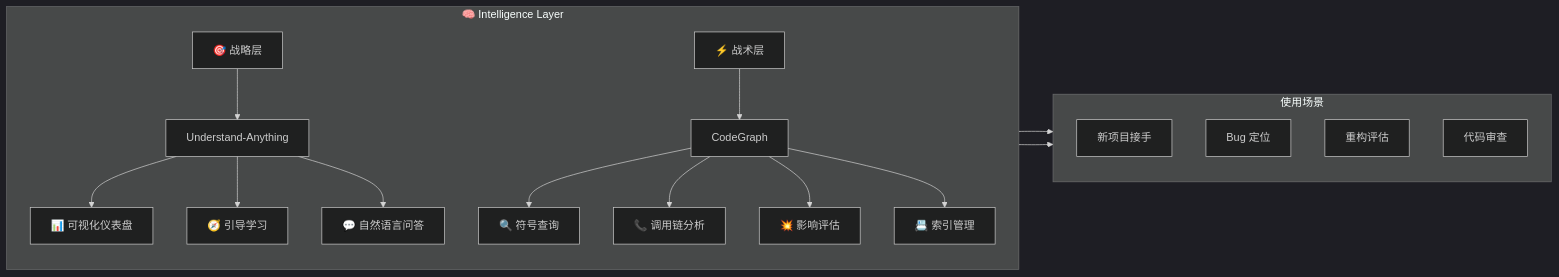
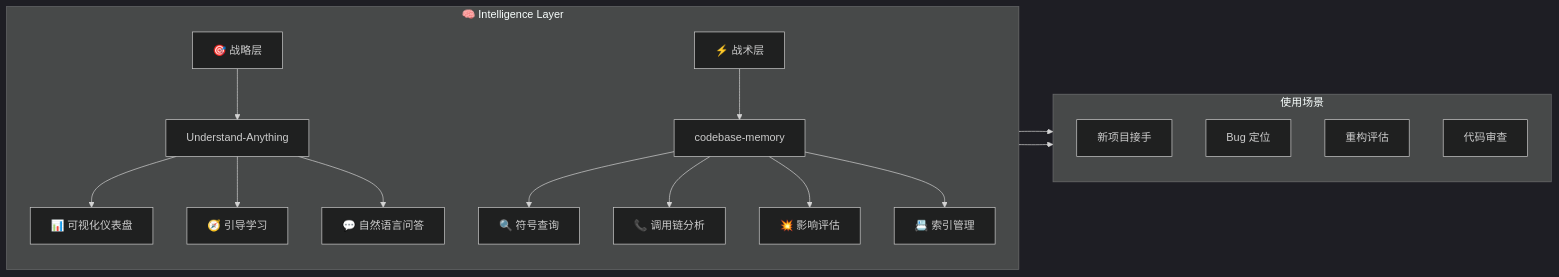
The tenth of 10 diagrams in docs/harness-foundry-knowledge-graph.md (zhoupei6251/harness-foundry), drawn with Mermaid (dark theme) before and after one commit. The commit also changed other lines of this file and 15 other files, not shown here.

First line of the commit message:
docs: rewrite v2.1 architecture / plan / intelligence-layer guides

````diff
--- a/docs/harness-foundry-knowledge-graph.md
+++ b/docs/harness-foundry-knowledge-graph.md
@@ -436,31 +436,31 @@
 ```mermaid
 flowchart LR
     subgraph Intelligence["🧠 Intelligence Layer"]
         direction TB
         
         Strategic["🎯 战略层"]
         Tactical["⚡ 战术层"]
         
         Strategic --> UA["Understand-Anything"]
-        Tactical --> CG["CodeGraph"]
+        Tactical --> CG["codebase-memory"]
         
         UA --> Dashboard["📊 可视化仪表盘"]
         UA --> Tours["🧭 引导学习"]
         UA --> Chat["💬 自然语言问答"]
         
         CG --> Query["🔍 符号查询"]
         CG --> Callers["📞 调用链分析"]
         CG --> Impact["💥 影响评估"]
         CG --> Index["📇 索引管理"]
     end
     
     subgraph Usage["使用场景"]
         NewProject["新项目接手"]
         BugFix["Bug 定位"]
         Refactor["重构评估"]
         Review["代码审查"]
     end
     
     Strategic --> Usage
     Tactical --> Usage
 ```
````
